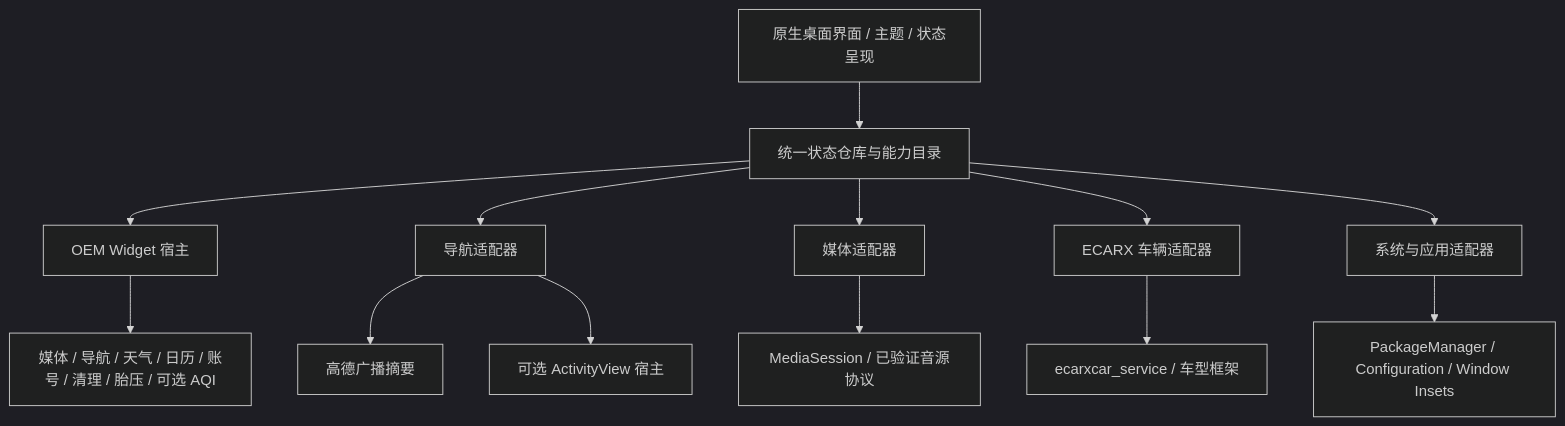
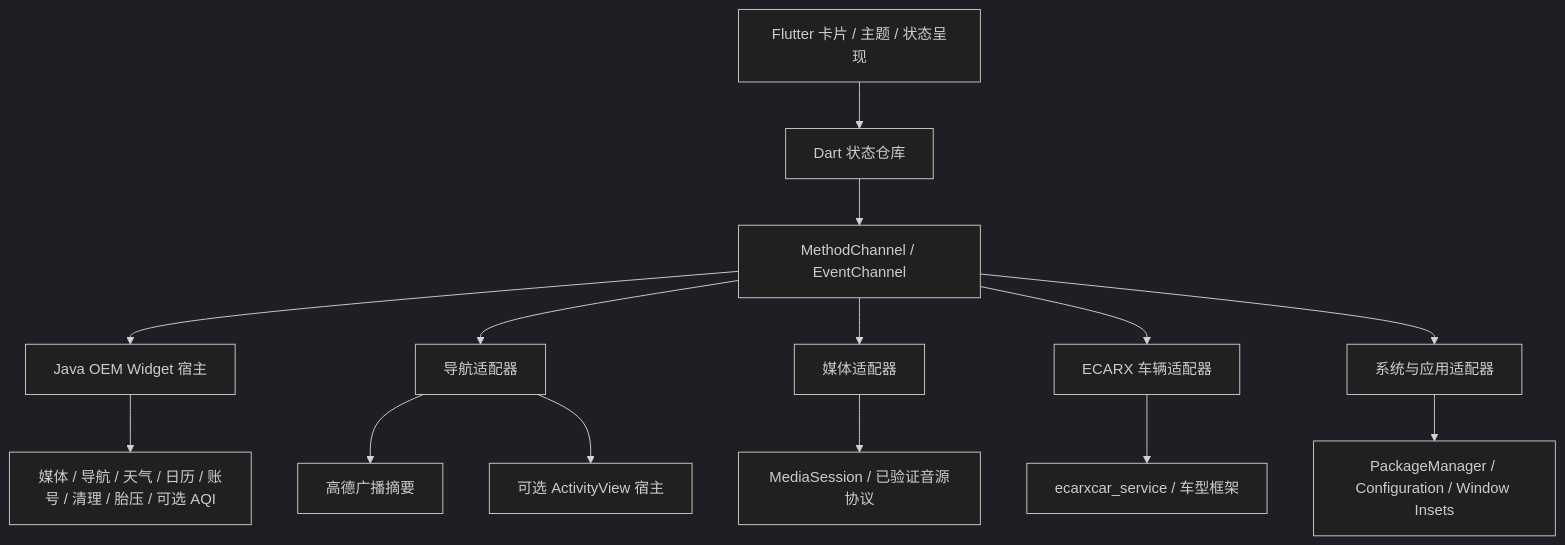
One commit to felix0061/uni-launcher changed the diagram in docs/INTEGRATION_PLAN.md. Above: the diagram before and after it, drawn with Mermaid (dark theme). The commit also changed other lines of this file and 58 other files, not shown here.

````diff
--- a/docs/INTEGRATION_PLAN.md
+++ b/docs/INTEGRATION_PLAN.md
@@ -7,15 +7,16 @@
 ```mermaid
 flowchart TD
-  UI[原生桌面界面 / 主题 / 状态呈现] --> Store[统一状态仓库与能力目录]
-  Store --> Widget[OEM Widget 宿主]
-  Store --> Navi[导航适配器]
-  Store --> Media[媒体适配器]
-  Store --> Vehicle[ECARX 车辆适配器]
-  Store --> System[系统与应用适配器]
+  UI[Flutter 卡片 / 主题 / 状态呈现] --> Store[Dart 状态仓库]
+  Store --> Channel[MethodChannel / EventChannel]
+  Channel --> Widget[Java OEM Widget 宿主]
+  Channel --> Navi[导航适配器]
+  Channel --> Media[媒体适配器]
+  Channel --> Vehicle[ECARX 车辆适配器]
+  Channel --> System[系统与应用适配器]
   Widget --> OEM[媒体 / 导航 / 天气 / 日历 / 账号 / 清理 / 胎压 / 可选 AQI]
   Navi --> Broadcast[高德广播摘要]
   Navi --> Embed[可选 ActivityView 宿主]
   Media --> Session[MediaSession / 已验证音源协议]
   Vehicle --> Binder[ecarxcar_service / 车型框架]
   System --> Platform[PackageManager / Configuration / Window Insets]
 ```
````
